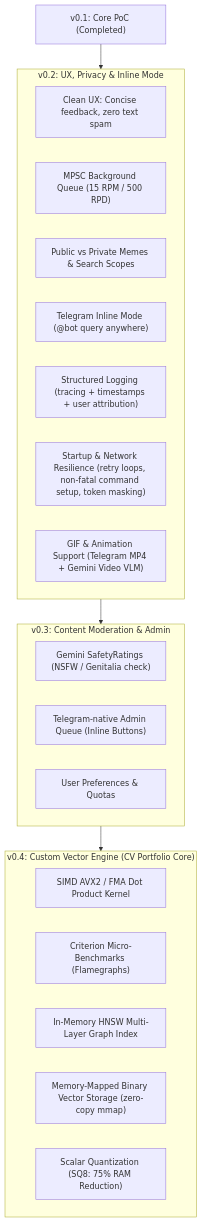
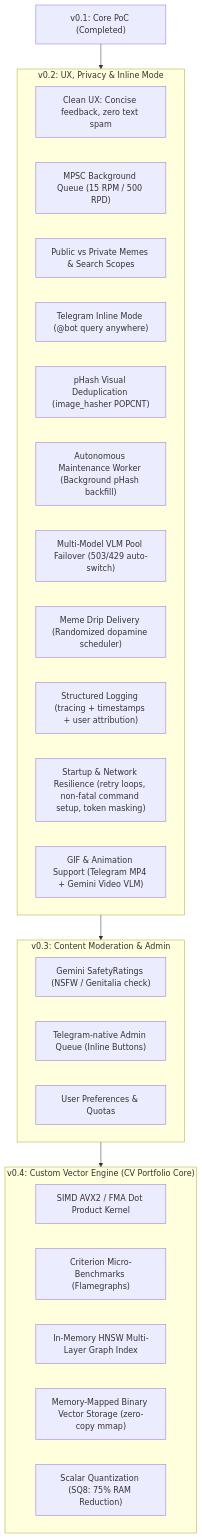
The first of 2 diagrams in ROADMAP.md (MykhailoRospopchuk/MnemosyneM), drawn with Mermaid before and after one commit. The commit also changed other lines of this file and 16 other files, not shown here.

````diff
--- a/ROADMAP.md
+++ b/ROADMAP.md
@@ -10,30 +10,34 @@
 ```mermaid
 flowchart TD
     M1["v0.1: Core PoC (Completed)"] --> M2["v0.2: UX, Rate-Limiting & Inline Mode"]
     M2 --> M3["v0.3: Content Moderation & Telegram Admin Panel"]
     M3 --> M4["v0.4: Custom Vector Engine from Scratch (HNSW + SIMD + mmap)"]
 
     subgraph M2 ["v0.2: UX, Privacy & Inline Mode"]
         UX["Clean UX: Concise feedback, zero text spam"]
         Queue["MPSC Background Queue (15 RPM / 500 RPD)"]
         Privacy["Public vs Private Memes & Search Scopes"]
         Inline["Telegram Inline Mode (@bot query anywhere)"]
+        pHash["pHash Visual Deduplication (image_hasher POPCNT)"]
+        Maintenance["Autonomous Maintenance Worker (Background pHash backfill)"]
+        VlmPool["Multi-Model VLM Pool Failover (503/429 auto-switch)"]
+        Drip["Meme Drip Delivery (Randomized dopamine scheduler)"]
         Logging["Structured Logging (tracing + timestamps + user attribution)"]
         Resilience["Startup & Network Resilience (retry loops, non-fatal command setup, token masking)"]
         GIFs["GIF & Animation Support (Telegram MP4 + Gemini Video VLM)"]
     end
 
     subgraph M3 ["v0.3: Content Moderation & Admin"]
         GeminiSafety["Gemini SafetyRatings (NSFW / Genitalia check)"]
         AdminTG["Telegram-native Admin Queue (Inline Buttons)"]
         UserMgmt["User Preferences & Quotas"]
     end
 
     subgraph M4 ["v0.4: Custom Vector Engine (CV Portfolio Core)"]
         SIMD["SIMD AVX2 / FMA Dot Product Kernel"]
         Criterion["Criterion Micro-Benchmarks (Flamegraphs)"]
         HNSW["In-Memory HNSW Multi-Layer Graph Index"]
         Mmap["Memory-Mapped Binary Vector Storage (zero-copy mmap)"]
         SQ8["Scalar Quantization (SQ8: 75% RAM Reduction)"]
     end
 ```
````
